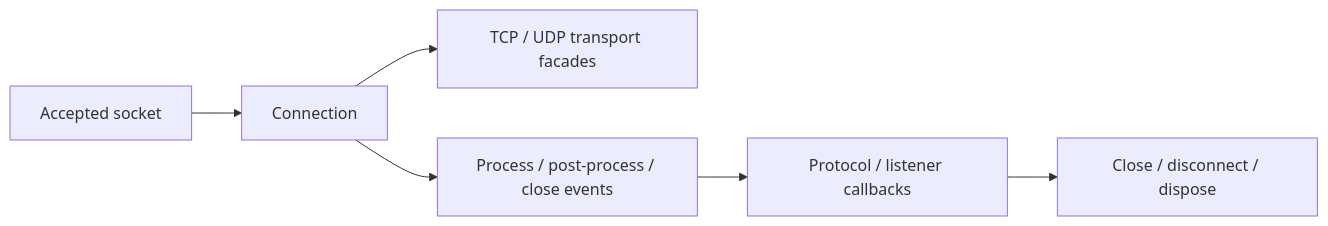
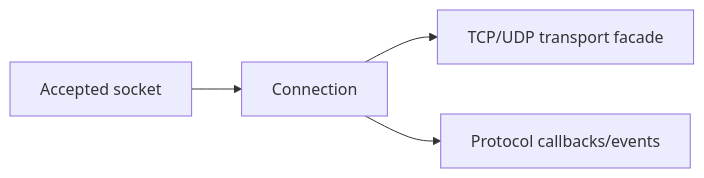
Before and after one commit to ppn-systems/Nalix: the diagram in docs/api/network/connection/connection.md, drawn with Mermaid. The commit also changed other lines of this file and 75 other files, not shown here.

````diff
--- a/docs/api/network/connection/connection.md
+++ b/docs/api/network/connection/connection.md
@@ -11,8 +40,6 @@
 ```mermaid
 flowchart LR
     A["Accepted socket"] --> B["Connection"]
-    B --> C["TCP / UDP transport facades"]
-    B --> D["Process / post-process / close events"]
-    D --> E["Protocol / listener callbacks"]
-    E --> F["Close / disconnect / dispose"]
+    B --> C["TCP/UDP transport facade"]
+    B --> D["Protocol callbacks/events"]
 ```
````
